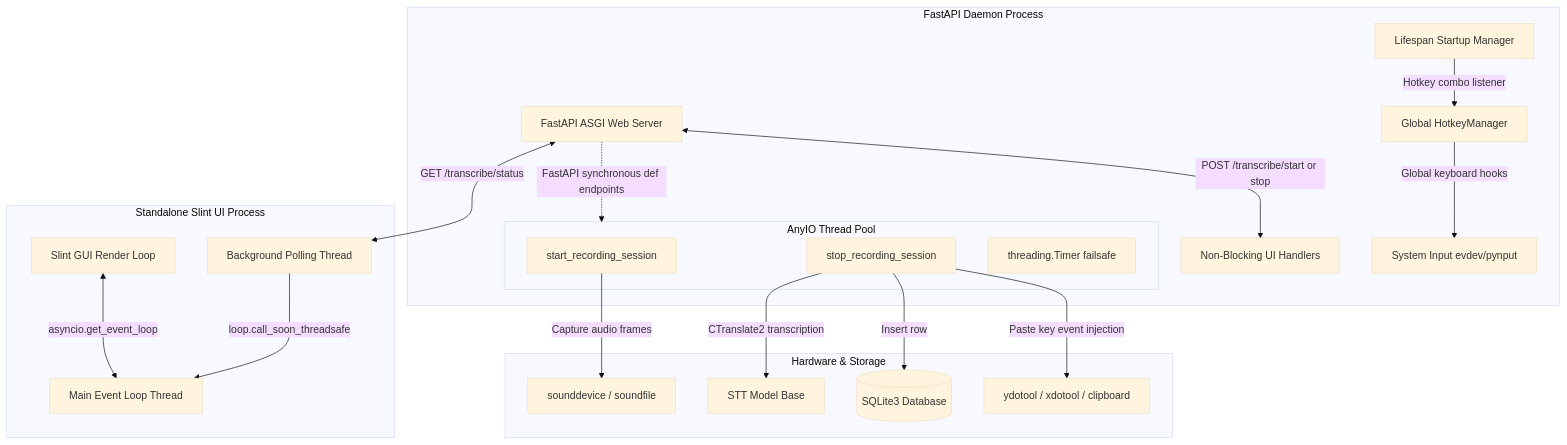
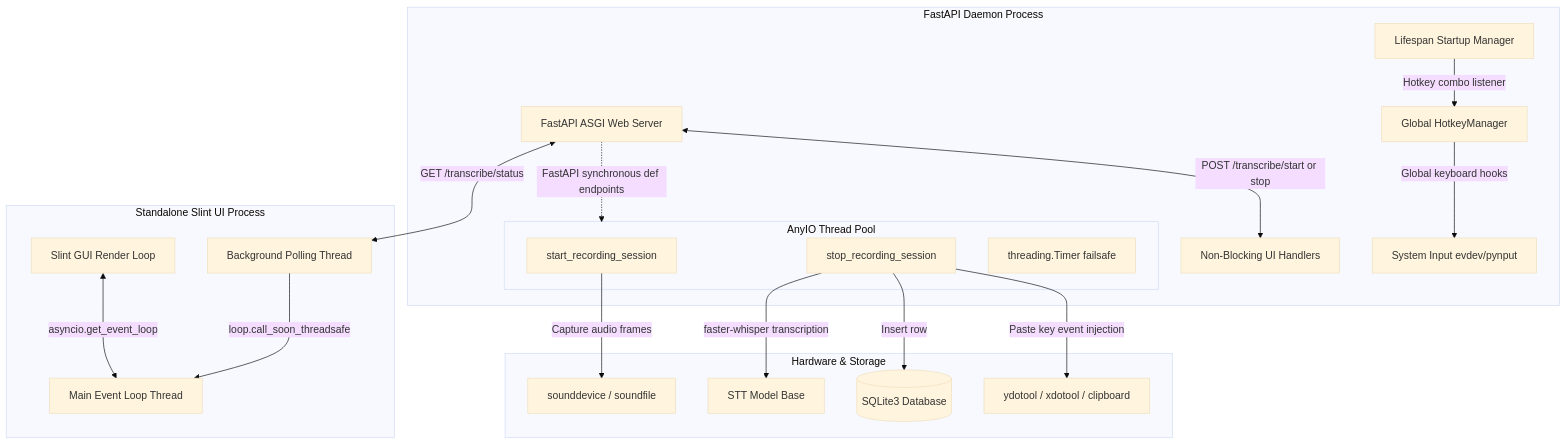
Before and after one commit to ainan-ahmed/carefulWhisper: the diagram in README.md, drawn with Mermaid (base theme). The commit also changed other lines of this file, not shown here.

Commit message:
docs: standardize STT engine naming to faster-whisper in README.md

````diff
--- a/README.md
+++ b/README.md
@@ -34,29 +34,29 @@
 ```mermaid
 graph TD
     subgraph UI_Process [Standalone Slint UI Process]
         A[Slint GUI Render Loop] <-->|asyncio.get_event_loop| B[Main Event Loop Thread]
         C[Background Polling Thread] -->|loop.call_soon_threadsafe| B
     end
 
     subgraph Backend_Daemon [FastAPI Daemon Process]
         D[FastAPI ASGI Web Server] <-->|GET /transcribe/status| C
         D <-->|POST /transcribe/start or stop| H[Non-Blocking UI Handlers]
         E[Lifespan Startup Manager] -->|Hotkey combo listener| F[Global HotkeyManager]
         F -->|Global keyboard hooks| G[System Input evdev/pynput]
         
         subgraph Worker_Pool [AnyIO Thread Pool]
             I[start_recording_session]
             J[stop_recording_session]
             K[threading.Timer failsafe]
         end
         
         D -.->|FastAPI synchronous def endpoints| Worker_Pool
     end
 
     subgraph Hardware [Hardware & Storage]
         I -->|Capture audio frames| L[sounddevice / soundfile]
-        J -->|CTranslate2 transcription| M[STT Model Base]
+        J -->|faster-whisper transcription| M[STT Model Base]
         J -->|Insert row| N[(SQLite3 Database)]
         J -->|Paste key event injection| O[ydotool / xdotool / clipboard]
     end
 ```
````
